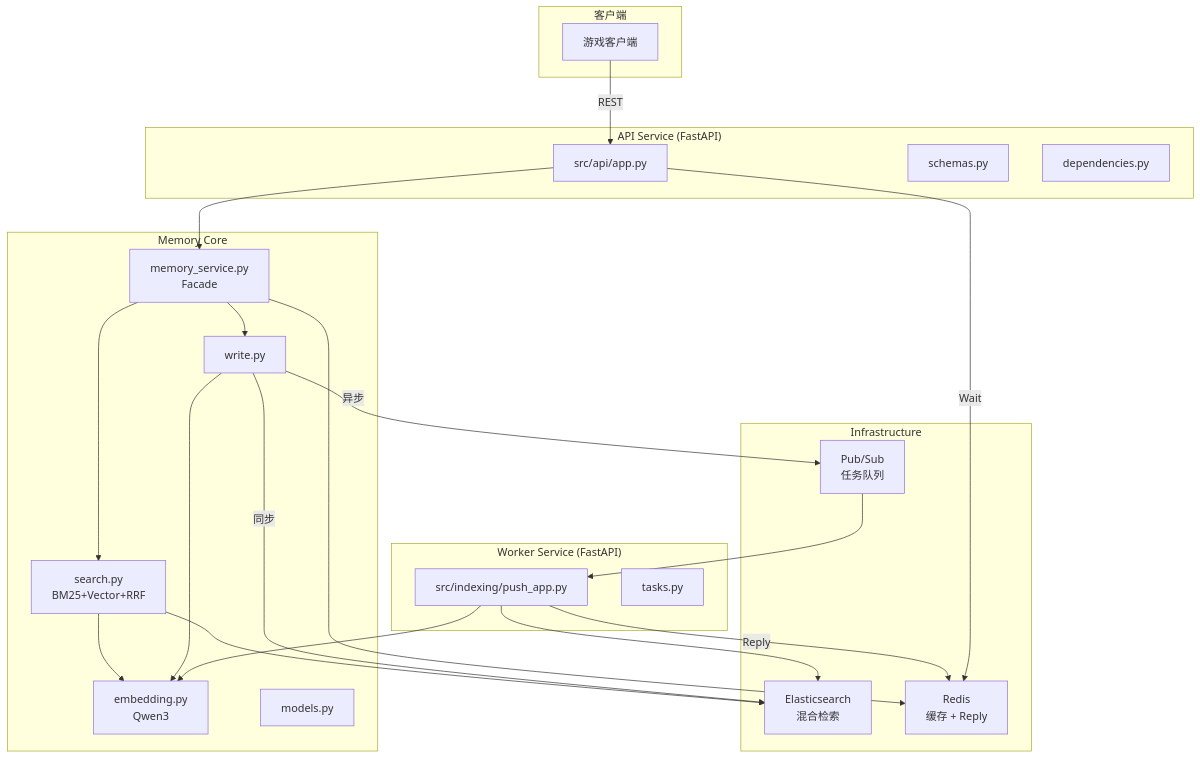
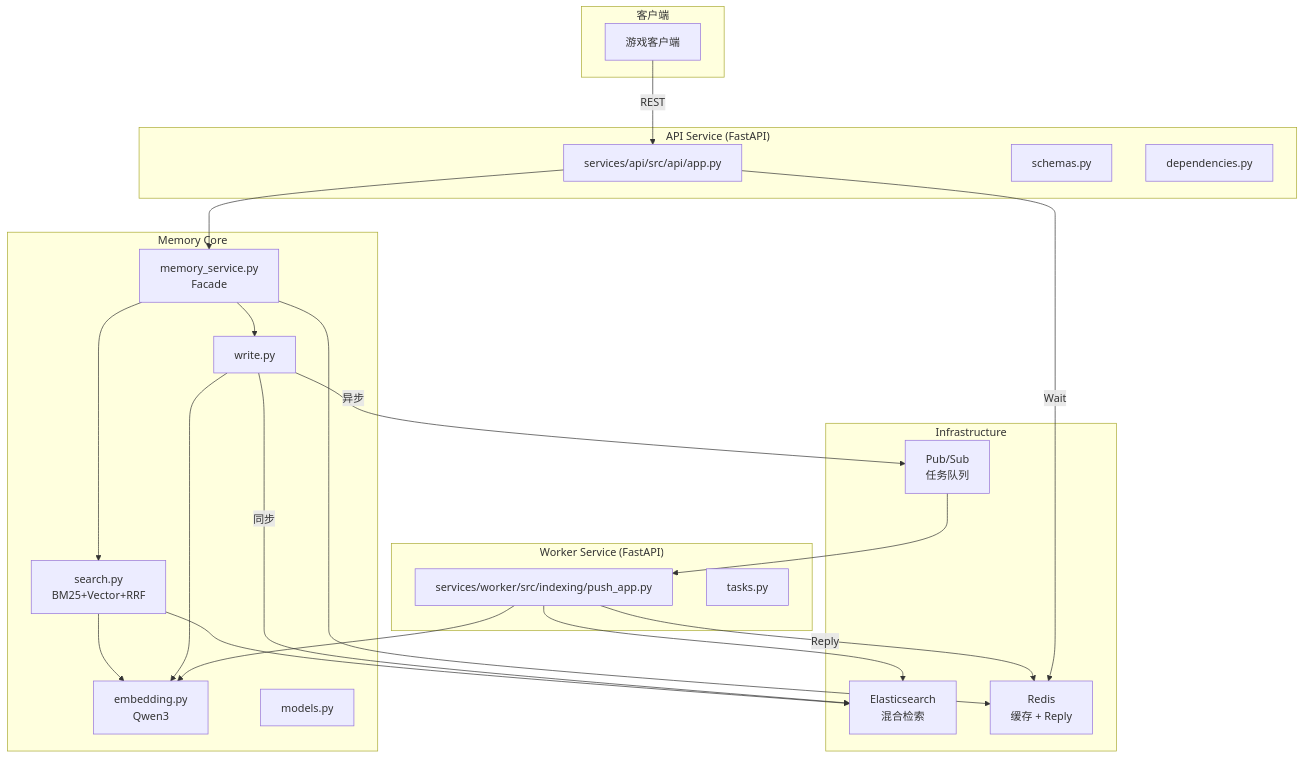
One commit to zhu1090093659/npc-memory-rag---desensitization changed the diagram in README.md. Above: the diagram before and after it, drawn with Mermaid. The commit also changed other lines of this file and 41 other files, not shown here.

````diff
--- a/README.md
+++ b/README.md
@@ -35,47 +25,47 @@
 ```mermaid
 flowchart TB
     subgraph Client["客户端"]
         GameClient["游戏客户端"]
     end
 
     subgraph API["API Service (FastAPI)"]
-        APIApp["src/api/app.py"]
+        APIApp["services/api/src/api/app.py"]
         Schemas["schemas.py"]
         Deps["dependencies.py"]
     end
 
     subgraph Core["Memory Core"]
         Service["memory_service.py<br/>Facade"]
         Search["search.py<br/>BM25+Vector+RRF"]
         Write["write.py"]
         Embed["embedding.py<br/>Qwen3"]
         Models["models.py"]
     end
 
     subgraph Worker["Worker Service (FastAPI)"]
-        PushApp["src/indexing/push_app.py"]
+        PushApp["services/worker/src/indexing/push_app.py"]
         Tasks["tasks.py"]
     end
 
     subgraph Infra["Infrastructure"]
         ES["Elasticsearch<br/>混合检索"]
         Redis["Redis<br/>缓存 + Reply"]
         PubSub["Pub/Sub<br/>任务队列"]
     end
 
     GameClient -->|REST| APIApp
     APIApp --> Service
     Service --> Search
     Service --> Write
     Search --> Embed
     Write --> Embed
     Search --> ES
     Write -->|同步| ES
     Write -->|异步| PubSub
     PubSub --> PushApp
     PushApp --> Embed
     PushApp --> ES
     PushApp -->|Reply| Redis
     APIApp -->|Wait| Redis
     Service --> Redis
 ```
````
